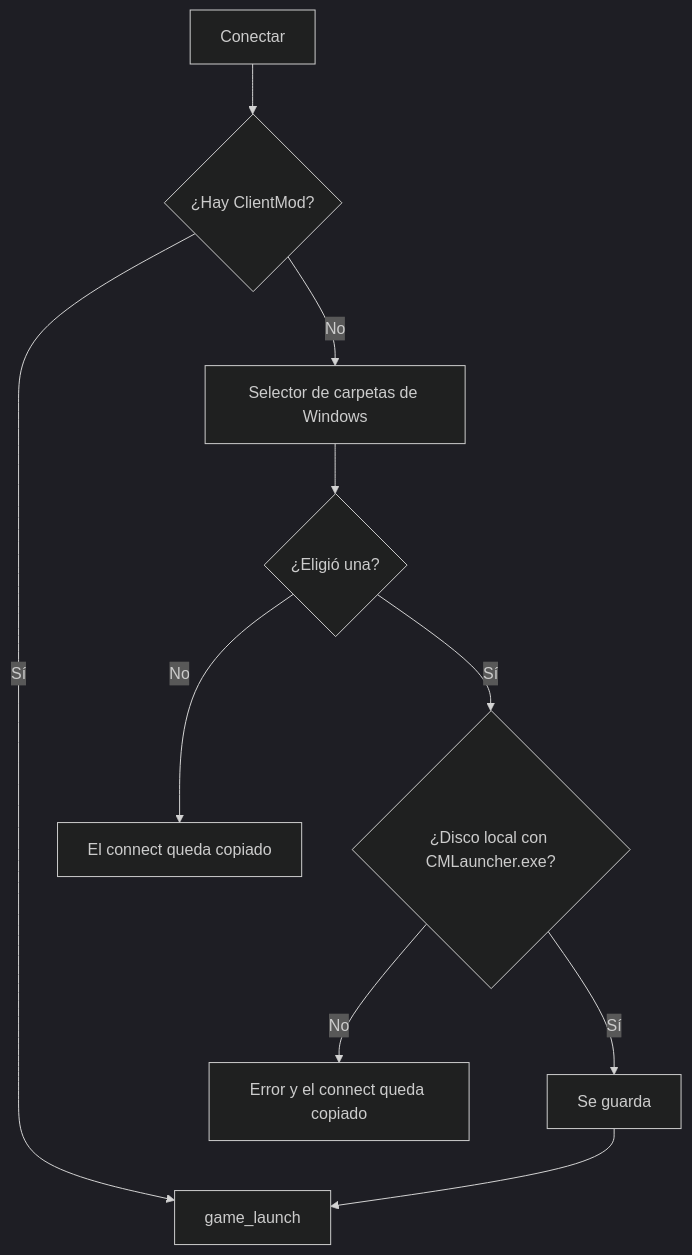
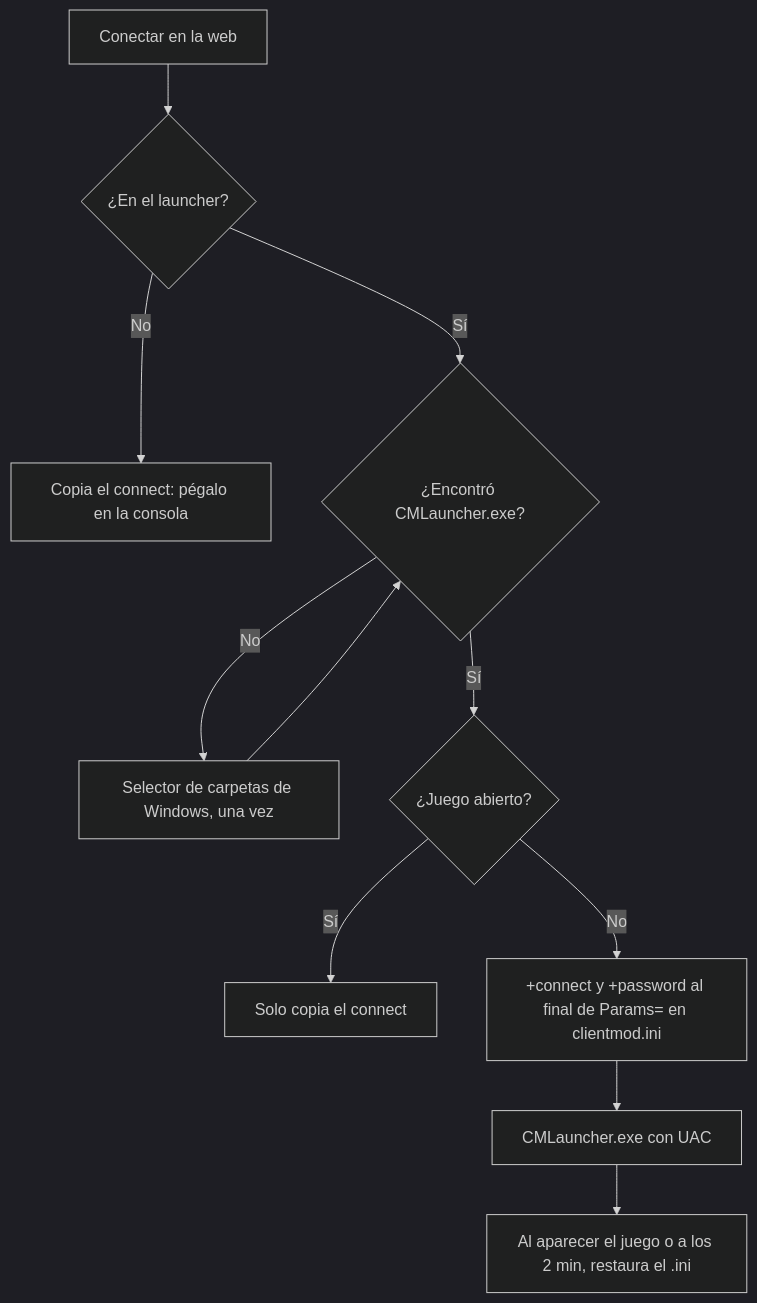
The second of 3 diagrams in docs/bitacora/2026-11-24-launcher-escritorio/DOCUMENTACION.md (mchssj/v34frag), drawn with Mermaid (dark theme) before and after one commit. The commit also changed other lines of this file and 54 other files, not shown here.

First line of the commit message:
feat(launcher): Configuración, bandeja, Discord, actualizaciones y /launcher de Kyan, con la revisión

````diff
--- a/docs/bitacora/2026-11-24-launcher-escritorio/DOCUMENTACION.md
+++ b/docs/bitacora/2026-11-24-launcher-escritorio/DOCUMENTACION.md
@@ -63,11 +59,13 @@
 ```mermaid
 flowchart TD
-  A[Conectar] --> B{¿Hay ClientMod?}
-  B -- Sí --> L[game_launch]
-  B -- No --> P[Selector de carpetas de Windows]
-  P --> Q{¿Eligió una?}
-  Q -- No --> X[El connect queda copiado]
-  Q -- Sí --> R{¿Disco local con CMLauncher.exe?}
-  R -- No --> E[Error y el connect queda copiado]
-  R -- Sí --> G[Se guarda] --> L
+  A[Conectar en la web] --> B{¿En el launcher?}
+  B -- No --> C[Copia el connect: pégalo en la consola]
+  B -- Sí --> D{¿Encontró CMLauncher.exe?}
+  D -- No --> E[Selector de carpetas de Windows, una vez]
+  E --> D
+  D -- Sí --> F{¿Juego abierto?}
+  F -- Sí --> G[Solo copia el connect]
+  F -- No --> H[+connect y +password al final de Params= en clientmod.ini]
+  H --> I[CMLauncher.exe con UAC]
+  I --> J[Al aparecer el juego o a los 2 min, restaura el .ini]
 ```
````
